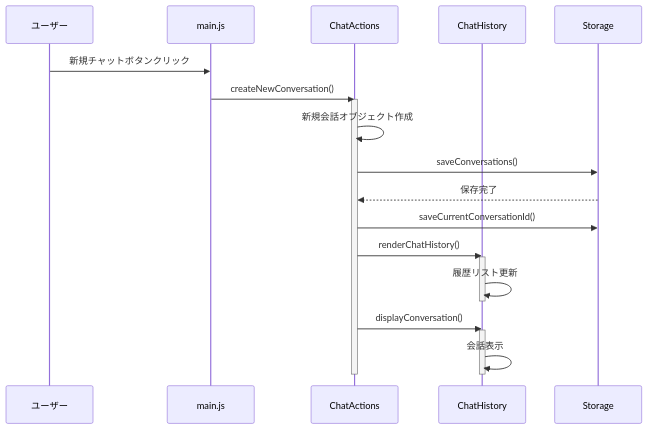
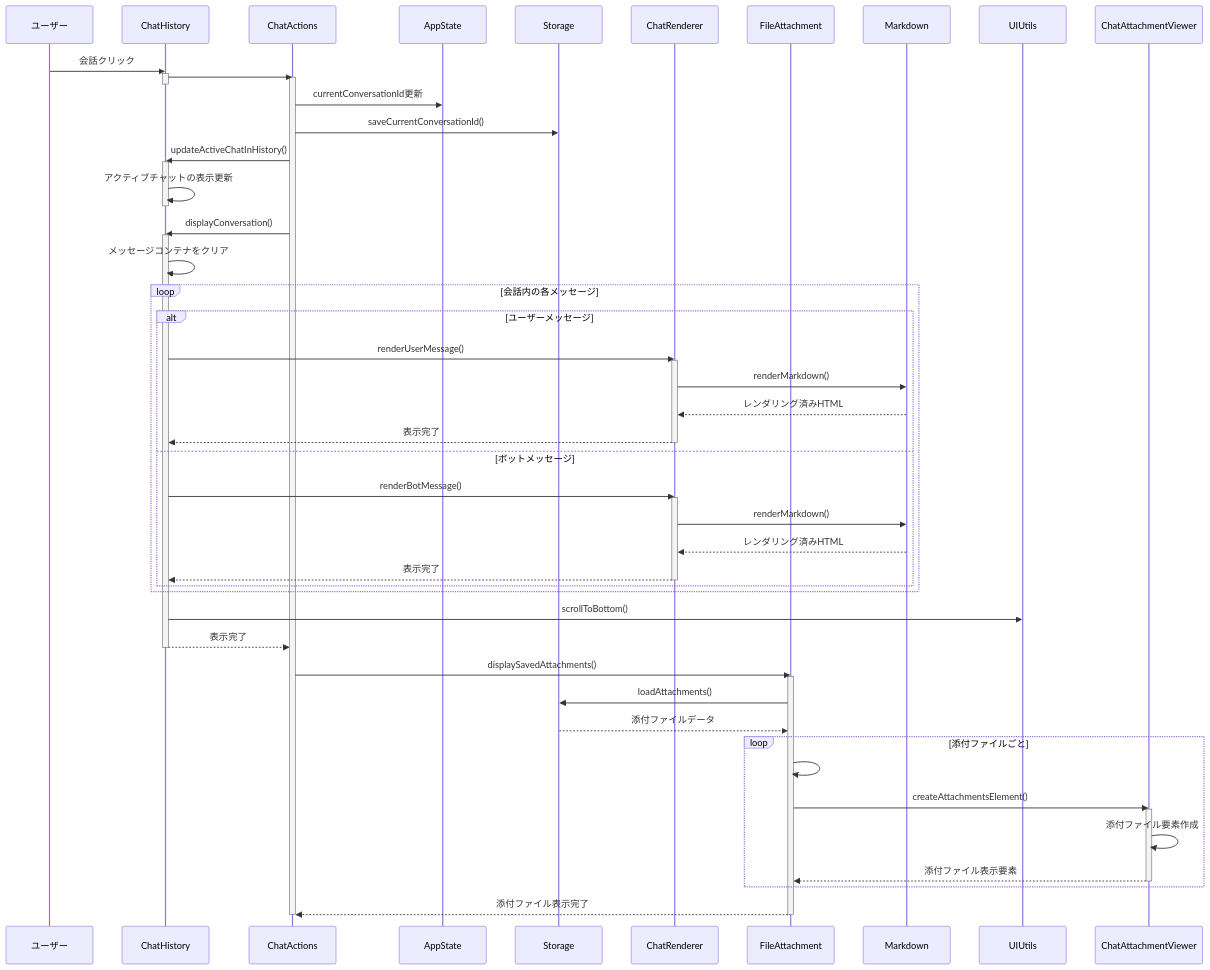
One commit to SuperPyonchiX/ChatBot changed the ninth of 11 diagrams in ChatBot_設計仕様書.md. Above: the diagram before and after it, drawn with Mermaid. The commit also changed other lines of this file, not shown here.

````diff
--- a/ChatBot_設計仕様書.md
+++ b/ChatBot_設計仕様書.md
@@ -1286,29 +1401,70 @@
 ```mermaid
 sequenceDiagram
     participant User as ユーザー
-    participant Main as main.js
+    participant ChatHistory as 会話履歴
     participant ChatActions as ChatActions
+    participant AppState as AppState
+    participant Storage as Storage
     participant ChatHistory as ChatHistory
-    participant Storage as Storage
+    participant ChatRenderer as ChatRenderer
+    participant FileAttachment as FileAttachment
     
-    User->>Main: 新規チャットボタンクリック
-    Main->>ChatActions: createNewConversation()
+    User->>ChatHistory: 会話クリック
+    activate ChatHistory
+    ChatHistory->>ChatActions: #switchConversation()
+    deactivate ChatHistory
+    
     activate ChatActions
+    ChatActions->>AppState: currentConversationId更新
+    ChatActions->>Storage: saveCurrentConversationId()
     
-    ChatActions->>ChatActions: 新規会話オブジェクト作成
-    ChatActions->>Storage: saveConversations()
-    Storage-->>ChatActions: 保存完了
-    
-    ChatActions->>Storage: saveCurrentConversationId()
-    ChatActions->>ChatHistory: renderChatHistory()
+    ChatActions->>ChatHistory: updateActiveChatInHistory()
     activate ChatHistory
-    ChatHistory->>ChatHistory: 履歴リスト更新
+    ChatHistory->>ChatHistory: アクティブチャットの表示更新
     deactivate ChatHistory
     
     ChatActions->>ChatHistory: displayConversation()
     activate ChatHistory
-    ChatHistory->>ChatHistory: 会話表示
+    ChatHistory->>ChatHistory: メッセージコンテナをクリア
+    
+    loop 会話内の各メッセージ
+        alt ユーザーメッセージ
+            ChatHistory->>ChatRenderer: renderUserMessage()
+            activate ChatRenderer
+            ChatRenderer->>Markdown: renderMarkdown()
+            Markdown-->>ChatRenderer: レンダリング済みHTML
+            ChatRenderer-->>ChatHistory: 表示完了
+            deactivate ChatRenderer
+        else ボットメッセージ
+            ChatHistory->>ChatRenderer: renderBotMessage()
+            activate ChatRenderer
+            ChatRenderer->>Markdown: renderMarkdown()
+            Markdown-->>ChatRenderer: レンダリング済みHTML
+            ChatRenderer-->>ChatHistory: 表示完了
+            deactivate ChatRenderer
+        end
+    end
+    
+    ChatHistory->>UIUtils: scrollToBottom()
+    ChatHistory-->>ChatActions: 表示完了
     deactivate ChatHistory
+    
+    ChatActions->>FileAttachment: displaySavedAttachments()
+    activate FileAttachment
+    FileAttachment->>Storage: loadAttachments()
+    Storage-->>FileAttachment: 添付ファイルデータ
+    
+    loop 添付ファイルごと
+        FileAttachment->>FileAttachment: #findClosestMessageIndex()
+        FileAttachment->>ChatAttachmentViewer: createAttachmentsElement()
+        activate ChatAttachmentViewer
+        ChatAttachmentViewer->>ChatAttachmentViewer: 添付ファイル要素作成
+        ChatAttachmentViewer-->>FileAttachment: 添付ファイル表示要素
+        deactivate ChatAttachmentViewer
+    end
+    
+    FileAttachment-->>ChatActions: 添付ファイル表示完了
+    deactivate FileAttachment
     
     deactivate ChatActions
 ```
````
